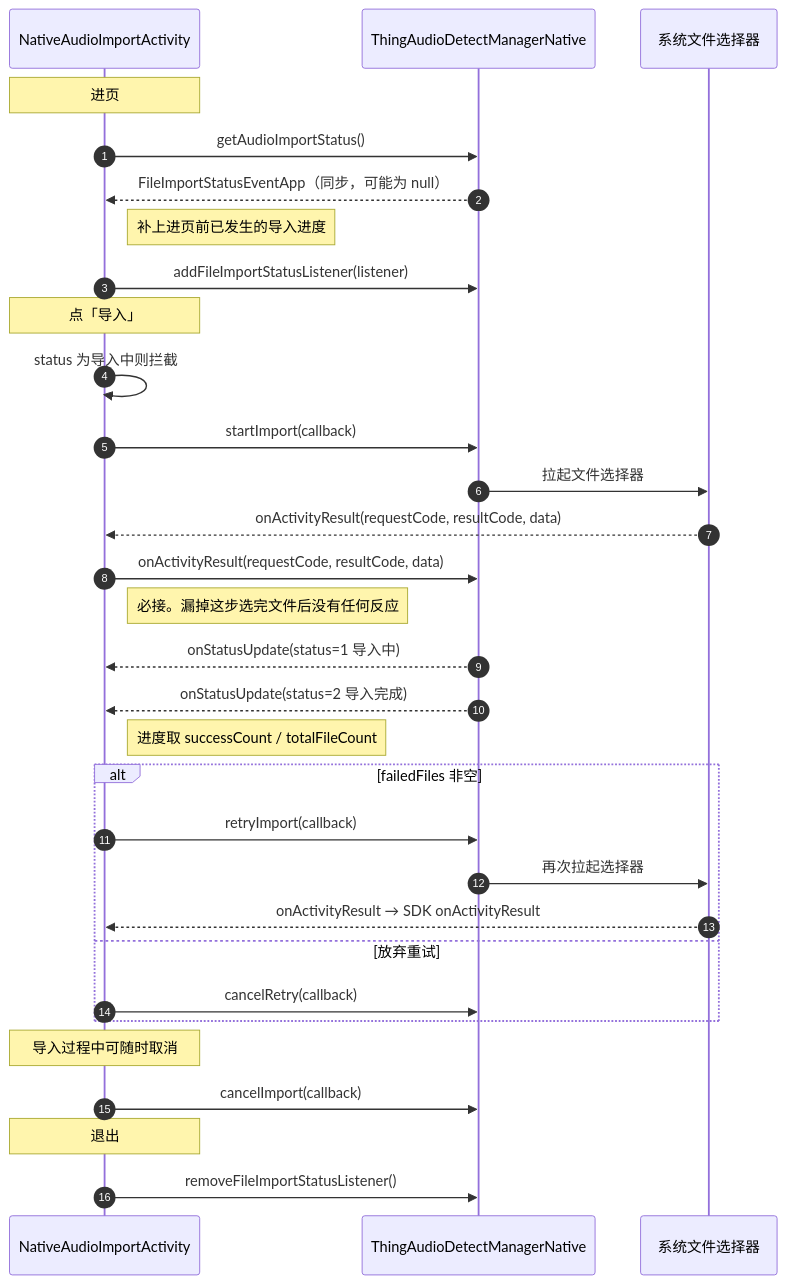
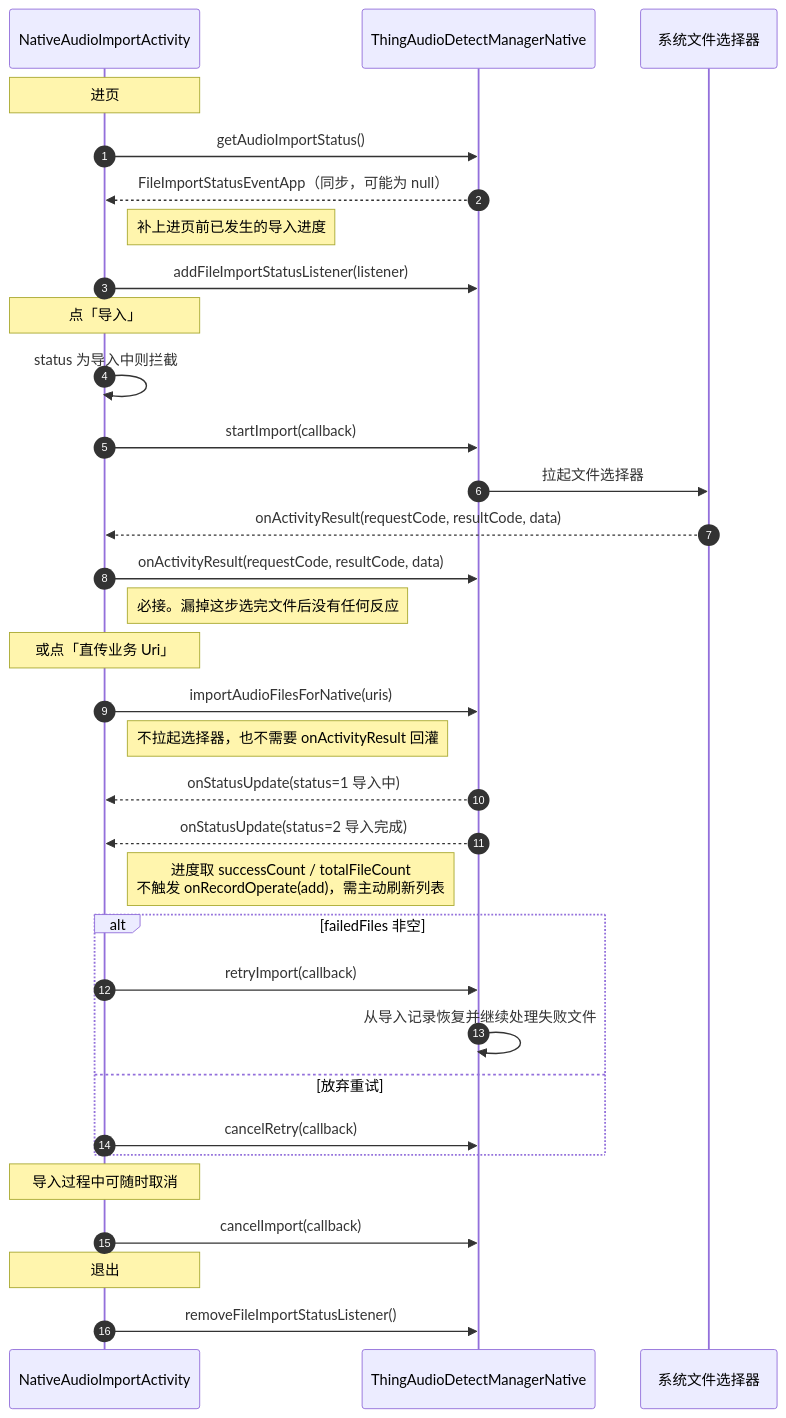
One commit to tuya/tuya-aivoice-android-sdk-sample changed the diagram in docs/modules/module-05-audio-import.md. Above: the diagram before and after it, drawn with Mermaid. The commit also changed other lines of this file and 26 other files, not shown here.

````diff
--- a/docs/modules/module-05-audio-import.md
+++ b/docs/modules/module-05-audio-import.md
@@ -37,39 +55,42 @@
 ```mermaid
 sequenceDiagram
     autonumber
     participant UI as NativeAudioImportActivity
     participant SDK as ThingAudioDetectManagerNative
     participant Picker as 系统文件选择器
 
     Note over UI: 进页
     UI->>SDK: getAudioImportStatus()
     SDK-->>UI: FileImportStatusEventApp（同步，可能为 null）
     Note right of UI: 补上进页前已发生的导入进度
     UI->>SDK: addFileImportStatusListener(listener)
 
     Note over UI: 点「导入」
     UI->>UI: status 为导入中则拦截
     UI->>SDK: startImport(callback)
     SDK->>Picker: 拉起文件选择器
     Picker-->>UI: onActivityResult(requestCode, resultCode, data)
     UI->>SDK: onActivityResult(requestCode, resultCode, data)
     Note right of UI: 必接。漏掉这步选完文件后没有任何反应
 
+    Note over UI: 或点「直传业务 Uri」
+    UI->>SDK: importAudioFilesForNative(uris)
+    Note right of UI: 不拉起选择器，也不需要 onActivityResult 回灌
+
     SDK-->>UI: onStatusUpdate(status=1 导入中)
     SDK-->>UI: onStatusUpdate(status=2 导入完成)
-    Note right of UI: 进度取 successCount / totalFileCount
+    Note right of UI: 进度取 successCount / totalFileCount<br/>不触发 onRecordOperate(add)，需主动刷新列表
 
     alt failedFiles 非空
         UI->>SDK: retryImport(callback)
-        SDK->>Picker: 再次拉起选择器
-        Picker-->>UI: onActivityResult → SDK onActivityResult
+        SDK->>SDK: 从导入记录恢复并继续处理失败文件
     else 放弃重试
         UI->>SDK: cancelRetry(callback)
     end
 
     Note over UI: 导入过程中可随时取消
     UI->>SDK: cancelImport(callback)
 
     Note over UI: 退出
     UI->>SDK: removeFileImportStatusListener()
 ```
````
